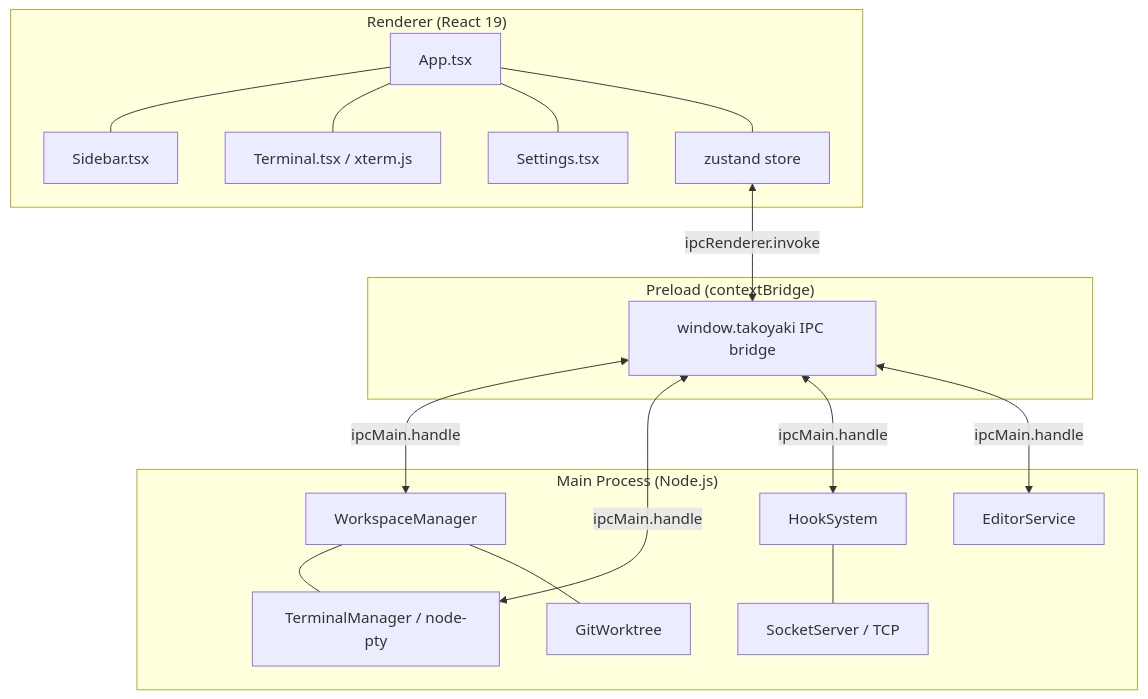
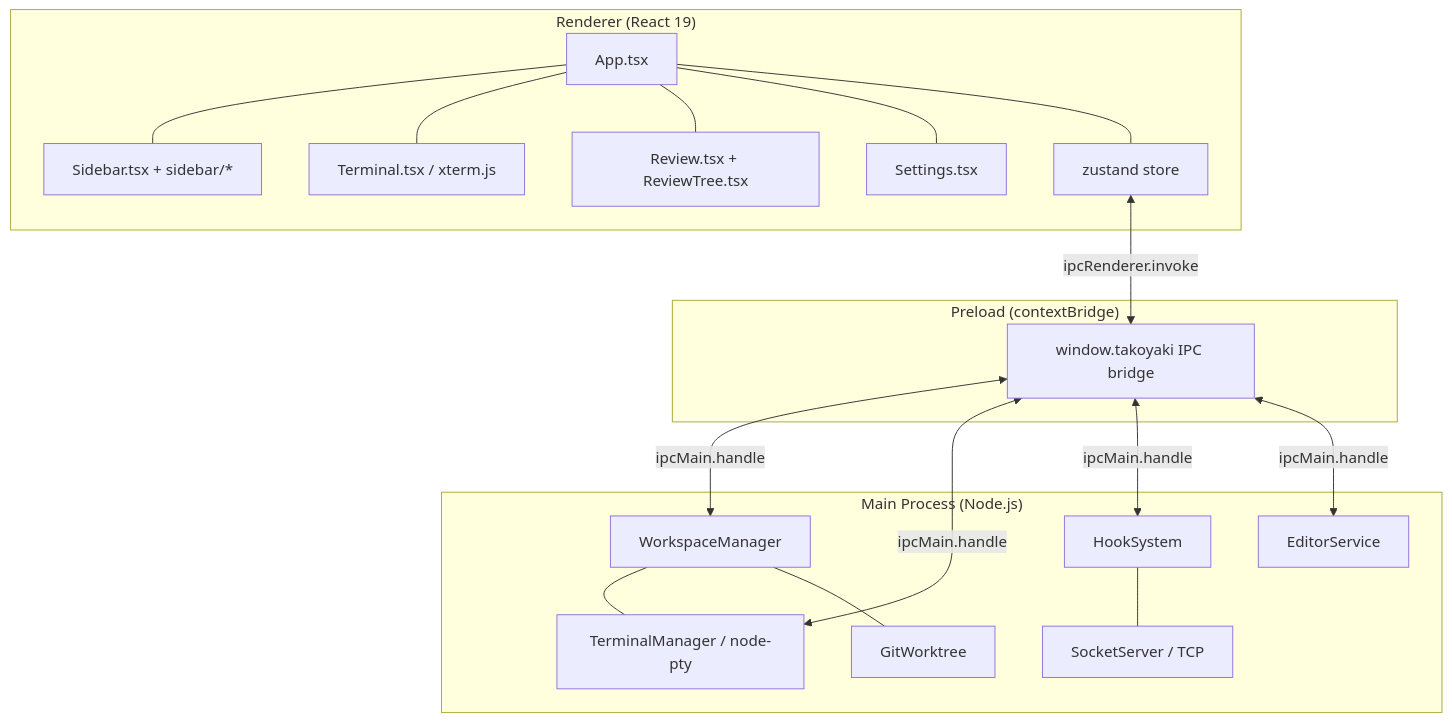
The first of 11 diagrams in docs/ARCHITECTURE.md (adikuma/takoyaki), drawn with Mermaid before and after one commit. The commit also changed other lines of this file and 7 other files, not shown here.

````diff
--- a/docs/ARCHITECTURE.md
+++ b/docs/ARCHITECTURE.md
@@ -5,36 +5,38 @@
 ```mermaid
 graph TB
     subgraph Renderer["Renderer (React 19)"]
         App[App.tsx]
-        Sidebar[Sidebar.tsx]
+        Sidebar[Sidebar.tsx + sidebar/*]
         Terminal[Terminal.tsx / xterm.js]
+        Review[Review.tsx + ReviewTree.tsx]
         Settings[Settings.tsx]
         Store[zustand store]
         App --- Sidebar
         App --- Terminal
+        App --- Review
         App --- Settings
         App --- Store
     end
 
     subgraph Preload["Preload (contextBridge)"]
         Bridge[window.takoyaki IPC bridge]
     end
 
     subgraph Main["Main Process (Node.js)"]
         WM[WorkspaceManager]
         TM[TerminalManager / node-pty]
         Hooks[HookSystem]
         Socket[SocketServer / TCP]
         Editor[EditorService]
         Git[GitWorktree]
         WM --- TM
         WM --- Git
         Hooks --- Socket
     end
 
     Store <-->|ipcRenderer.invoke| Bridge
     Bridge <-->|ipcMain.handle| WM
     Bridge <-->|ipcMain.handle| TM
     Bridge <-->|ipcMain.handle| Hooks
     Bridge <-->|ipcMain.handle| Editor
 ```
````
